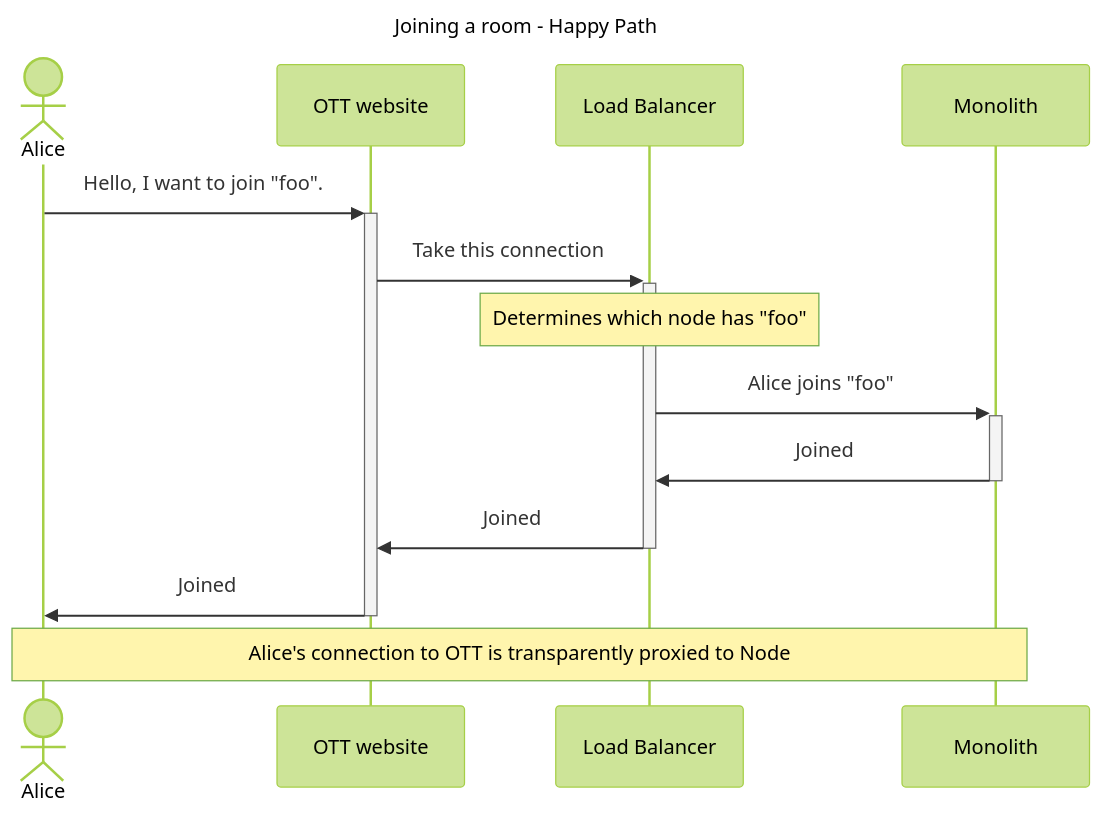
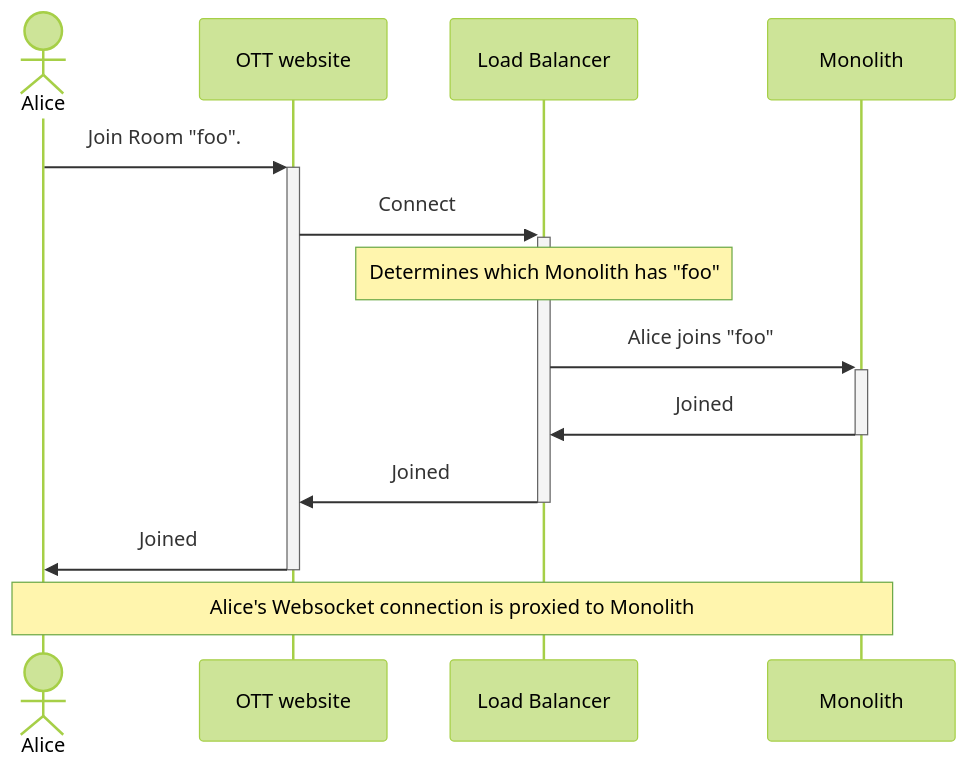
One commit to dyc3/senior-design changed the diagram in figures/join-room-happy-path.mmd. Above: the diagram before and after it, drawn with Mermaid (forest theme). The commit also changed 11 other files, not shown here.

First line of the commit message:
Improve diagram readability (#149)

```diff
--- a/figures/join-room-happy-path.mmd
+++ b/figures/join-room-happy-path.mmd
@@ -1,16 +1,13 @@
----
-title: Joining a room - Happy Path
----
 sequenceDiagram
     actor Alice
     participant OTT as OTT website
     participant L as Load Balancer
     participant N as Monolith
-    Alice->>+OTT: Hello, I want to join "foo".
-    OTT->>+L: Take this connection
-    Note over L: Determines which node has "foo"
+    Alice->>+OTT: Join Room "foo".
+    OTT->>+L: Connect
+    Note over L: Determines which Monolith has "foo"
     L->>+N: Alice joins "foo"
     N->>-L: Joined
     L->>-OTT: Joined
     OTT->>-Alice: Joined
-    Note over Alice,N: Alice's connection to OTT is transparently proxied to Node
+    Note over Alice,N: Alice's Websocket connection is proxied to Monolith
```
